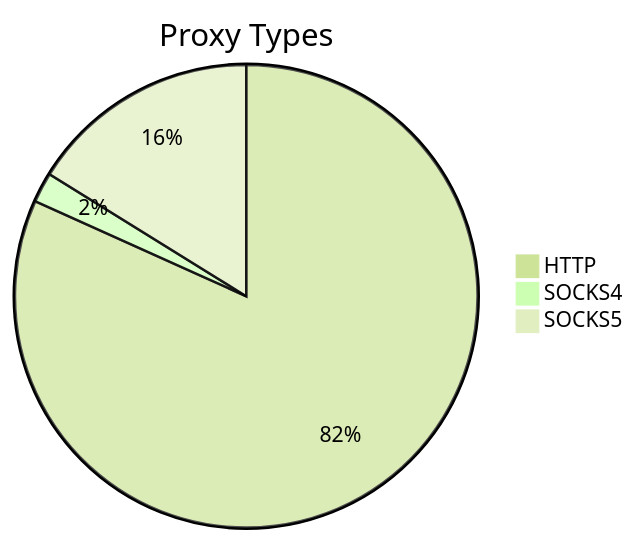
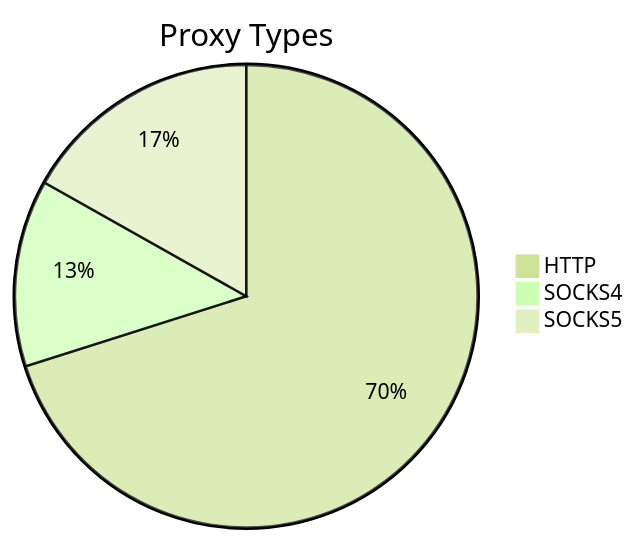
The first of 2 diagrams in README.md (stormsia/proxy-list), drawn with Mermaid (forest theme) before and after one commit. The commit also changed other lines of this file, not shown here.

````diff
--- a/README.md
+++ b/README.md
@@ -21,6 +21,6 @@
 ```mermaid
 pie title Proxy Types
-    "HTTP" : 273
-    "SOCKS4" : 7
-    "SOCKS5" : 54
+    "HTTP" : 483
+    "SOCKS4" : 90
+    "SOCKS5" : 116
 ```
````
